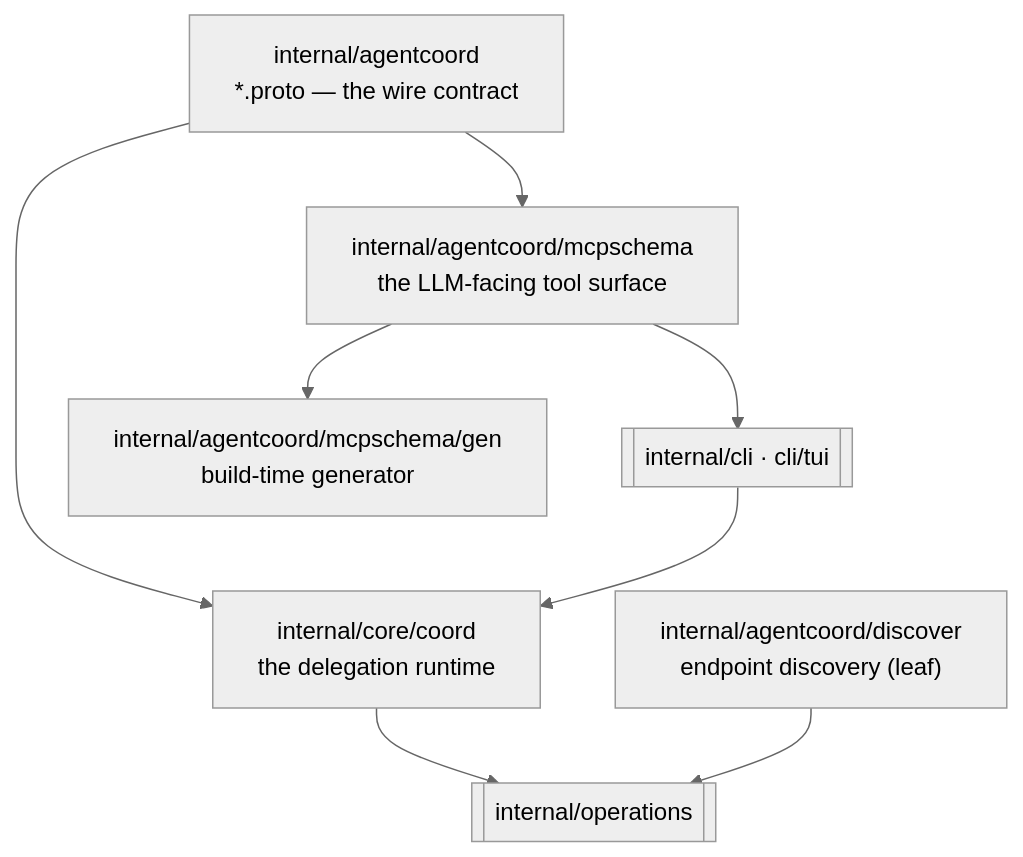
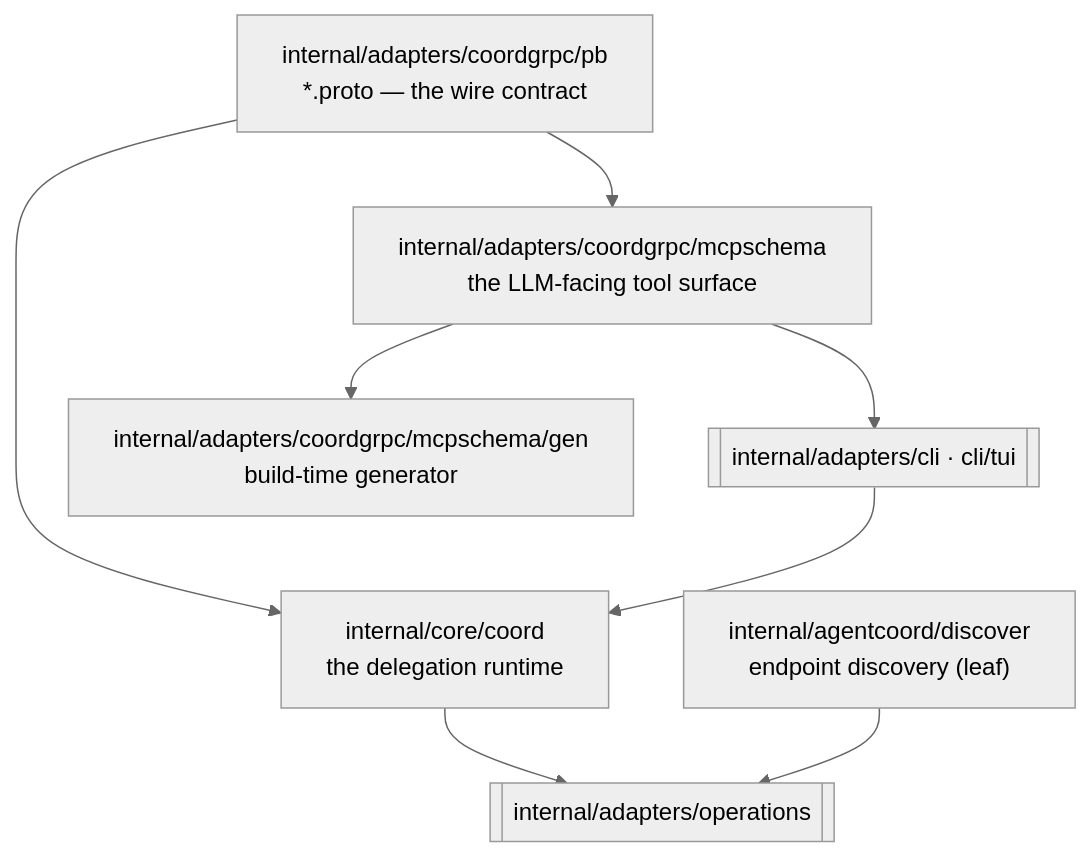
Before and after one commit to ctxloom/ctxloom: the diagram in docs/architecture/agentcoord/README.md, drawn with Mermaid (neutral theme). The commit also changed other lines of this file and 2489 other files, not shown here.

First line of the commit message:
refactor(arch): move the adapters ring into internal/adapters

````diff
--- a/docs/architecture/agentcoord/README.md
+++ b/docs/architecture/agentcoord/README.md
@@ -22,17 +22,17 @@
 ```mermaid
 flowchart TD
-  PROTO["internal/agentcoord<br/>*.proto — the wire contract"]
+  PROTO["internal/adapters/coordgrpc/pb<br/>*.proto — the wire contract"]
   COORD["internal/core/coord<br/>the delegation runtime"]
-  SCHEMA["internal/agentcoord/mcpschema<br/>the LLM-facing tool surface"]
-  GEN["internal/agentcoord/mcpschema/gen<br/>build-time generator"]
+  SCHEMA["internal/adapters/coordgrpc/mcpschema<br/>the LLM-facing tool surface"]
+  GEN["internal/adapters/coordgrpc/mcpschema/gen<br/>build-time generator"]
   DISC["internal/agentcoord/discover<br/>endpoint discovery (leaf)"]
-  OPS[["internal/operations"]]
-  CLI[["internal/cli · cli/tui"]]
+  OPS[["internal/adapters/operations"]]
+  CLI[["internal/adapters/cli · cli/tui"]]
 
   PROTO --> COORD
   PROTO --> SCHEMA --> GEN
   SCHEMA --> CLI
   COORD --> OPS
   DISC --> OPS
   CLI --> COORD
 ```
````
